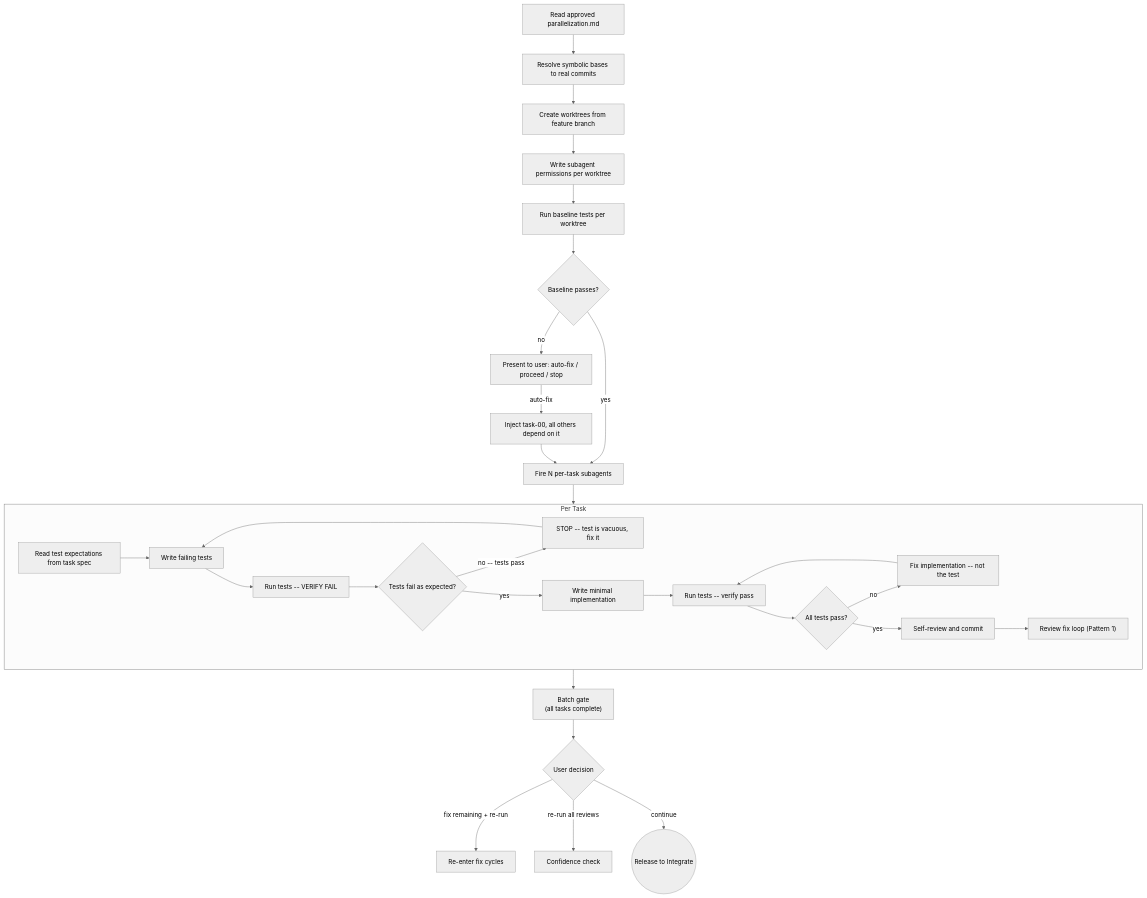
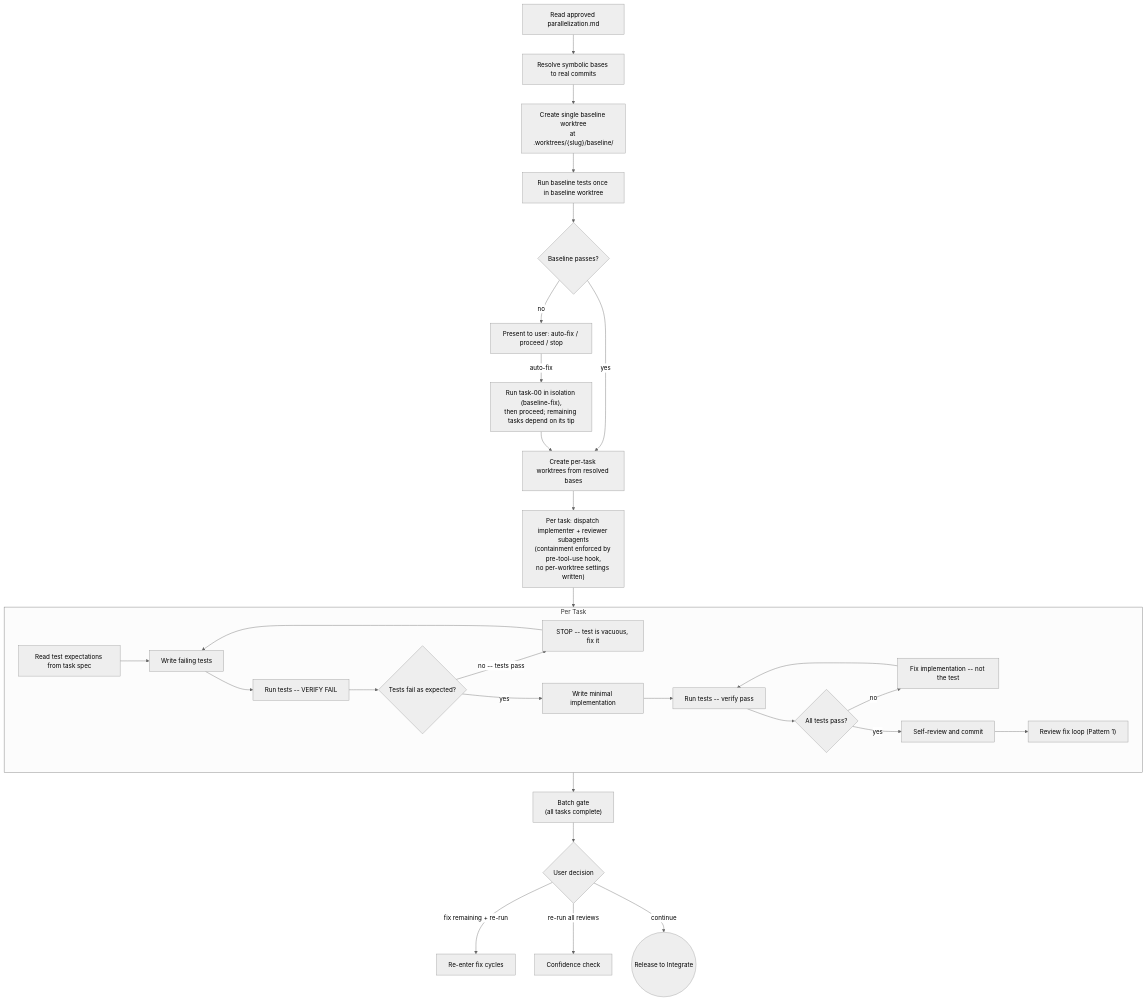
Before and after one commit to dfrysinger/qrspi-plus: diagram 11 of 20 in README.md, drawn with Mermaid (neutral theme). The commit also changed other lines of this file and 15 other files, not shown here.

````diff
--- a/README.md
+++ b/README.md
@@ -223,34 +241,34 @@
 ```mermaid
 flowchart TD
     A["Read approved parallelization.md"] --> B[Resolve symbolic bases to real commits]
-    B --> C[Create worktrees from feature branch]
-    C --> D[Write subagent permissions per worktree]
-    D --> E[Run baseline tests per worktree]
+    B --> BL["Create single baseline worktree<br>at .worktrees/{slug}/baseline/"]
+    BL --> E[Run baseline tests once in baseline worktree]
     E --> F{Baseline passes?}
     F -->|no| BF[Present to user: auto-fix / proceed / stop]
-    BF -->|auto-fix| BI["Inject task-00, all others depend on it"]
-    BI --> H
-    F -->|yes| H[Fire N per-task subagents]
+    BF -->|auto-fix| BI["Run task-00 in isolation (baseline-fix),<br>then proceed; remaining tasks depend on its tip"]
+    BI --> CW
+    F -->|yes| CW[Create per-task worktrees from resolved bases]
+    CW --> H["Per task: dispatch implementer + reviewer subagents<br>(containment enforced by pre-tool-use hook,<br>no per-worktree settings written)"]
 
     subgraph pertask["Per Task"]
         PA[Read test expectations from task spec] --> PB[Write failing tests]
         PB --> PC[Run tests -- VERIFY FAIL]
         PC --> PD{Tests fail as expected?}
         PD -->|no -- tests pass| PE[STOP -- test is vacuous, fix it]
         PE --> PB
         PD -->|yes| PF[Write minimal implementation]
         PF --> PG[Run tests -- verify pass]
         PG --> PH{All tests pass?}
         PH -->|no| PI[Fix implementation -- not the test]
         PI --> PG
         PH -->|yes| PJ[Self-review and commit]
         PJ --> PK["Review fix loop (Pattern 1)"]
     end
 
     H --> pertask
     pertask --> L["Batch gate<br>(all tasks complete)"]
     L --> M{User decision}
     M -->|fix remaining + re-run| N[Re-enter fix cycles]
     M -->|re-run all reviews| O[Confidence check]
     M -->|continue| P((Release to Integrate))
 ```
````
